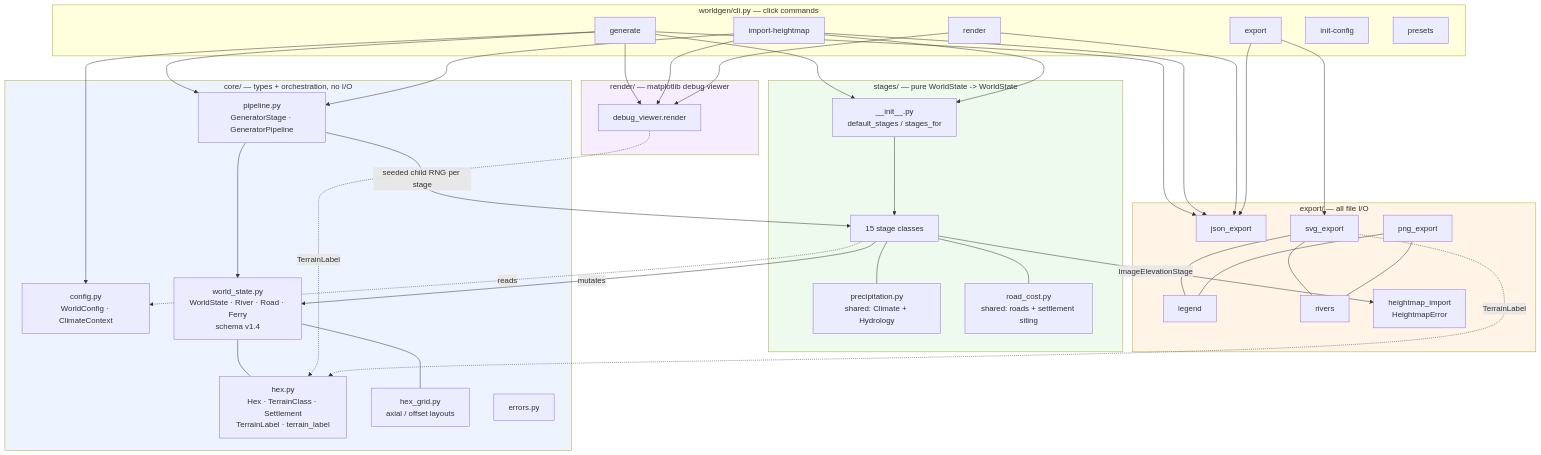
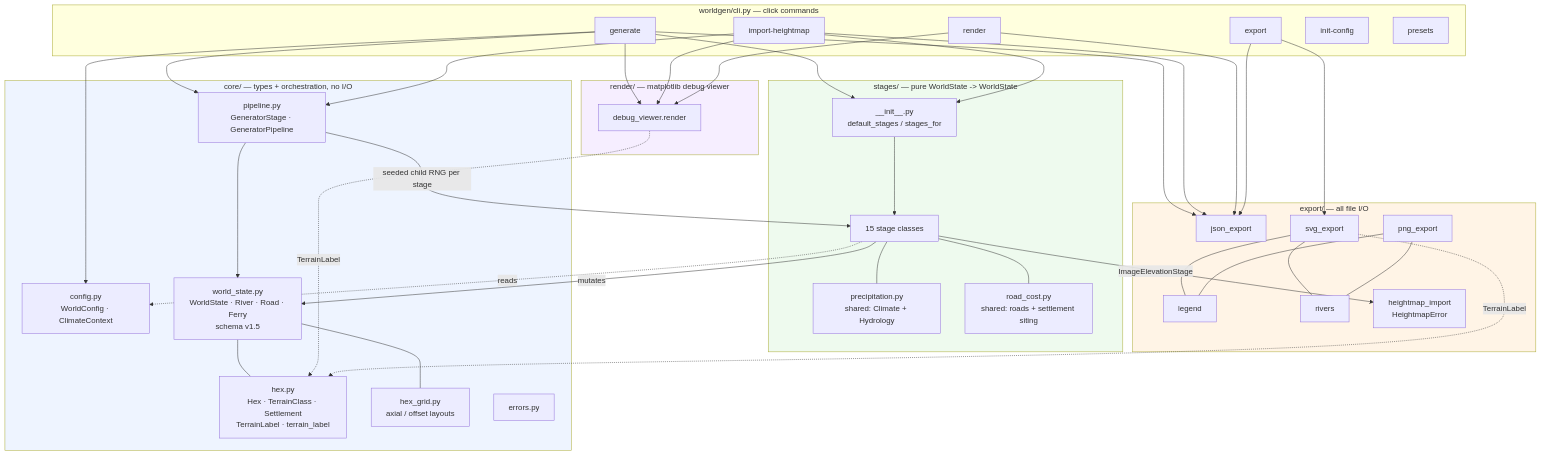
One commit to countercheck/worldgen changed the first of 2 diagrams in docs/ARCHITECTURE.md. Above: the diagram before and after it, drawn with Mermaid. The commit also changed other lines of this file and 13 other files, not shown here.

````diff
--- a/docs/ARCHITECTURE.md
+++ b/docs/ARCHITECTURE.md
@@ -8,76 +8,76 @@
 ```mermaid
 flowchart TB
     subgraph CLI["worldgen/cli.py — click commands"]
         G[generate]
         R[render]
         E[export]
         IH[import-heightmap]
         IC[init-config]
         P[presets]
     end
 
     subgraph CORE["core/ — types + orchestration, no I/O"]
         CFG[config.py<br/>WorldConfig · ClimateContext]
         PIPE[pipeline.py<br/>GeneratorStage · GeneratorPipeline]
-        WS[world_state.py<br/>WorldState · River · Road · Ferry<br/>schema v1.4]
+        WS[world_state.py<br/>WorldState · River · Road · Ferry<br/>schema v1.5]
         HEX[hex.py<br/>Hex · TerrainClass · Settlement<br/>TerrainLabel · terrain_label]
         GRID[hex_grid.py<br/>axial / offset layouts]
         ERR[errors.py]
     end
 
     subgraph STAGES["stages/ — pure WorldState -> WorldState"]
         REG[__init__.py<br/>default_stages / stages_for]
         SEQ[15 stage classes]
         PRE[precipitation.py<br/>shared: Climate + Hydrology]
         RC[road_cost.py<br/>shared: roads + settlement siting]
     end
 
     subgraph EXPORT["export/ — all file I/O"]
         JS[json_export]
         SVG[svg_export]
         PNG[png_export]
         LEG[legend]
         RIV[rivers]
         HI[heightmap_import<br/>HeightmapError]
     end
 
     subgraph RENDER["render/ — matplotlib debug viewer"]
         DV[debug_viewer.render]
     end
 
     G --> CFG
     G --> REG
     IH --> REG
     REG --> SEQ
     G --> PIPE
     IH --> PIPE
     PIPE -->|seeded child RNG per stage| SEQ
     SEQ -->|mutates| WS
     PIPE --> WS
     SEQ --- PRE
     SEQ --- RC
     WS --- HEX
     WS --- GRID
     SEQ -.reads.-> CFG
 
     SEQ -->|ImageElevationStage| HI
     G --> JS
     G --> DV
     IH --> JS
     IH --> DV
     R --> JS
     R --> DV
     E --> JS
     E --> SVG
     SVG --- LEG
     PNG --- LEG
     SVG --- RIV
     PNG --- RIV
     DV -.->|TerrainLabel| HEX
     SVG -.->|TerrainLabel| HEX
 
     style CORE fill:#eef4ff
     style STAGES fill:#eefaee
     style EXPORT fill:#fff4e6
     style RENDER fill:#f6eeff
 ```
````
